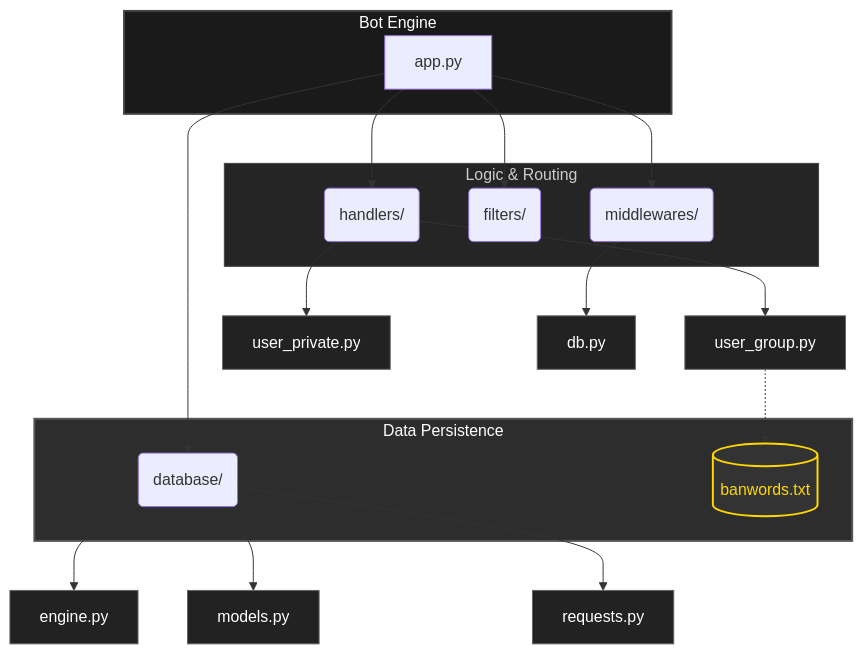
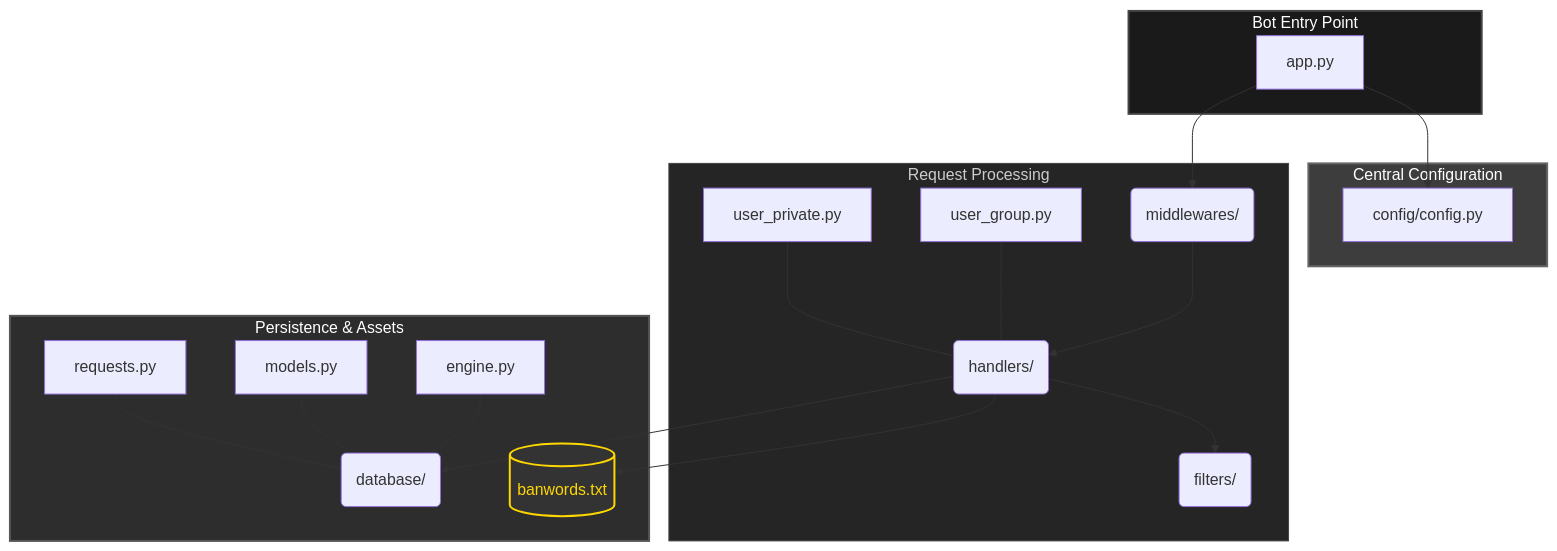
One commit to kapusta123b/Telegram-Moderation-Bot changed the diagram in README.md. Above: the diagram before and after it, drawn with Mermaid. The commit also changed other lines of this file and 3 other files, not shown here.

````diff
--- a/README.md
+++ b/README.md
@@ -70,44 +73,47 @@
 ```mermaid
 graph TD
-    subgraph Core[Bot Engine]
+    subgraph Core[Bot Entry Point]
         A[app.py]
     end
 
-    subgraph Logic[Logic & Routing]
+    subgraph Config[Central Configuration]
+        CFG[config/config.py]
+    end
+
+    subgraph Logic[Request Processing]
         B(handlers/)
         C(filters/)
         F(middlewares/)
+        B1[user_group.py]
+        B2[user_private.py]
     end
 
-    subgraph Storage[Data Persistence]
+    subgraph Data[Persistence & Assets]
         E(database/)
         D[(banwords.txt)]
+        E1[engine.py]
+        E2[models.py]
+        E3[requests.py]
     end
 
-    A --> B
-    A --> C
-    A --> E
+    A --> CFG
     A --> F
+    F --> B
+    B --> C
+    B --> E
+    B --> D
     
-    B --> B1[user_group.py]
-    B --> B2[user_private.py]
-    B1 -.-> D
+    B1 --- B
+    B2 --- B
     
-    E --> E1[engine.py]
-    E --> E2[models.py]
-    E --> E3[requests.py]
-    
-    F --> F1[db.py]
+    E1 --- E
+    E2 --- E
+    E3 --- E
     
     %% Dark Professional Theme
     style Core fill:#1a1a1a,stroke:#444,stroke-width:2px,color:#fff
-    style Storage fill:#2d2d2d,stroke:#555,stroke-width:2px,color:#fff
+    style Config fill:#3d3d3d,stroke:#666,stroke-width:2px,color:#fff
+    style Data fill:#2d2d2d,stroke:#555,stroke-width:2px,color:#fff
     style Logic fill:#252525,stroke:#444,stroke-width:1px,color:#ccc
     style D fill:#333,stroke:#ffd700,stroke-width:2px,color:#ffd700
-    style B1 fill:#222,stroke:#666,color:#fff
-    style B2 fill:#222,stroke:#666,color:#fff
-    style E1 fill:#222,stroke:#666,color:#fff
-    style E2 fill:#222,stroke:#666,color:#fff
-    style E3 fill:#222,stroke:#666,color:#fff
-    style F1 fill:#222,stroke:#666,color:#fff
 ```
````
